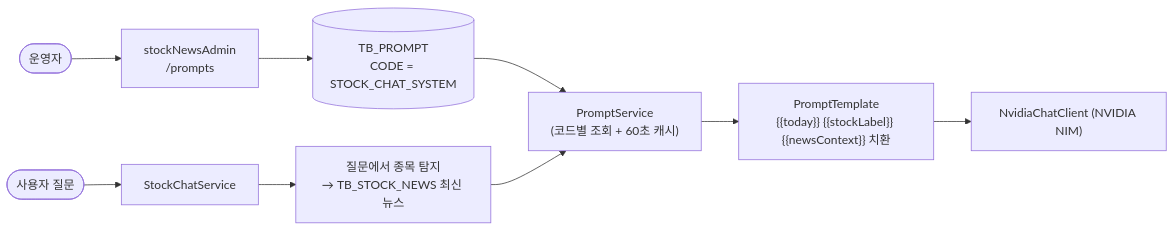
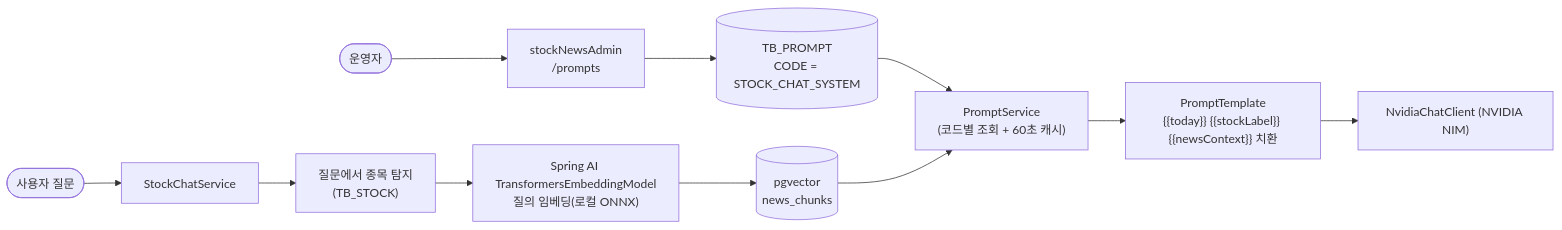
One commit to kimjiseung97/stockNews changed the third of 3 diagrams in README.md. Above: the diagram before and after it, drawn with Mermaid. The commit also changed other lines of this file and 22 other files, not shown here.

````diff
--- a/README.md
+++ b/README.md
@@ -72,11 +72,13 @@
 ```mermaid
 flowchart LR
     Admin(["운영자"]) --> AdminApp["stockNewsAdmin<br/>/prompts"]
     AdminApp --> PromptTable[("TB_PROMPT<br/>CODE = STOCK_CHAT_SYSTEM")]
     Question(["사용자 질문"]) --> ChatSvc["StockChatService"]
     PromptTable --> PromptSvc["PromptService<br/>(코드별 조회 + 60초 캐시)"]
-    ChatSvc --> StockLookup["질문에서 종목 탐지<br/>→ TB_STOCK_NEWS 최신 뉴스"]
-    StockLookup --> PromptSvc
+    ChatSvc --> StockLookup["질문에서 종목 탐지<br/>(TB_STOCK)"]
+    StockLookup --> Embed["Spring AI TransformersEmbeddingModel<br/>질의 임베딩(로컬 ONNX)"]
+    Embed --> PgVector[("pgvector<br/>news_chunks")]
+    PgVector --> PromptSvc
     PromptSvc --> Template["PromptTemplate<br/>{{today}} {{stockLabel}} {{newsContext}} 치환"]
     Template --> LLM["NvidiaChatClient (NVIDIA NIM)"]
 ```
````
